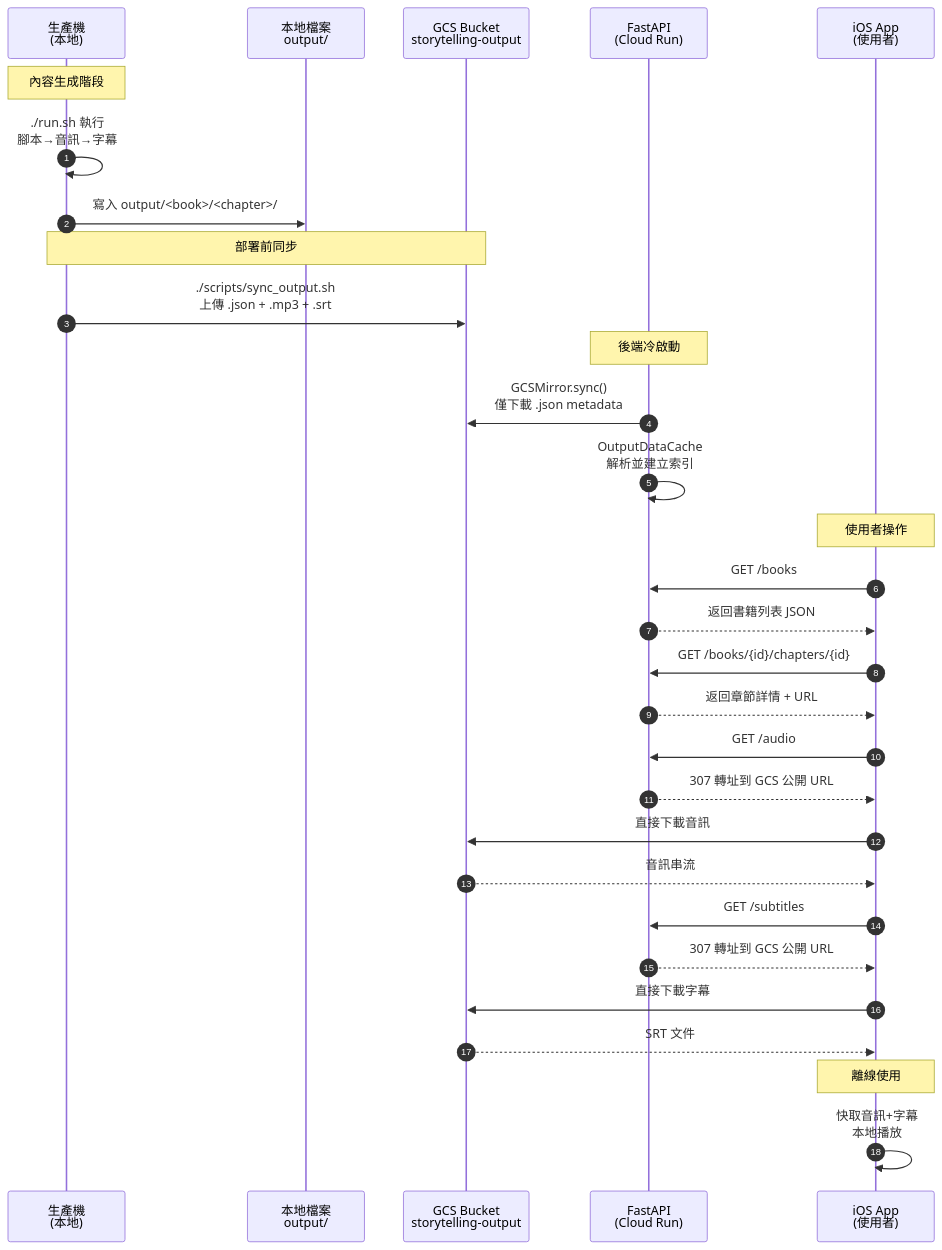
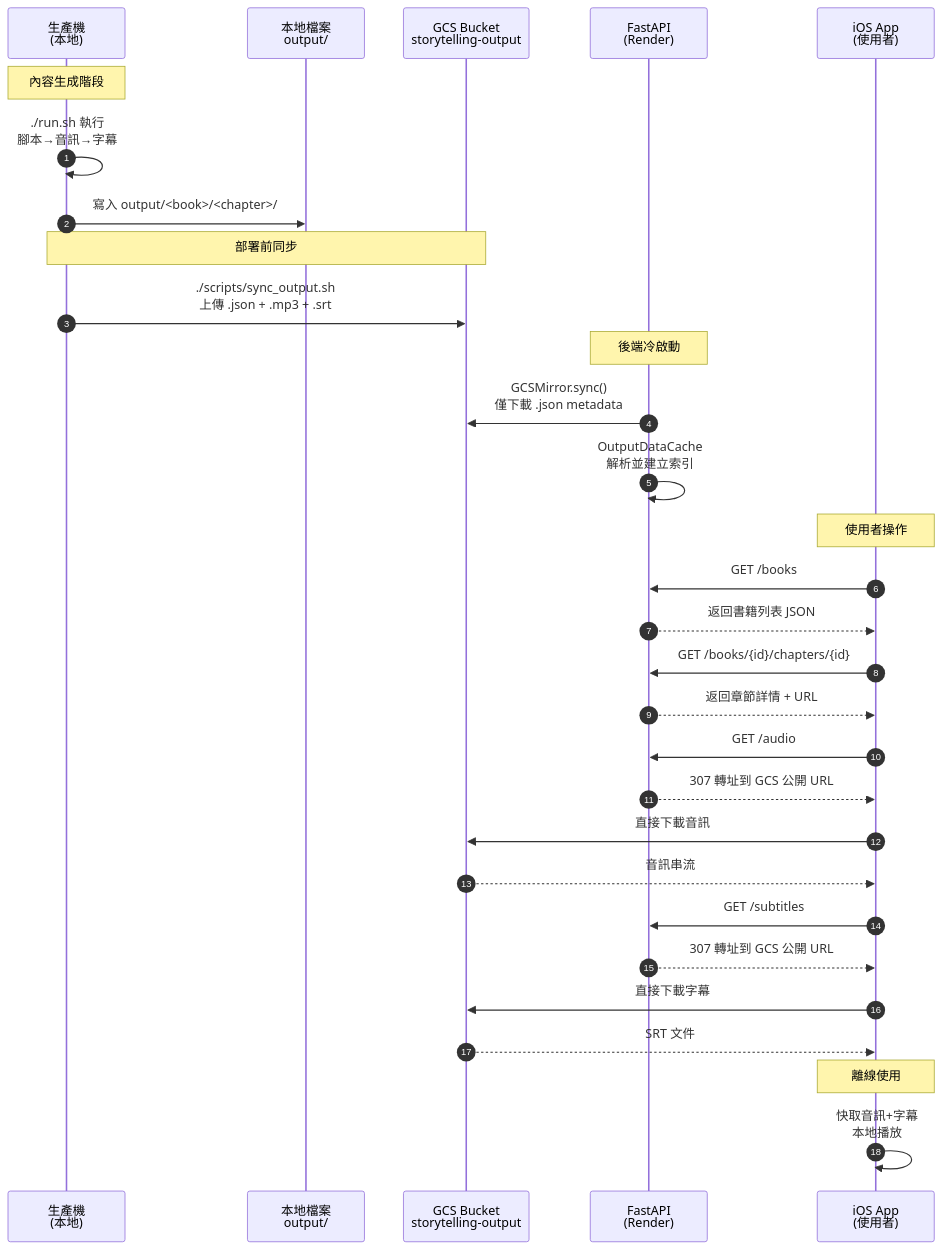
One commit to MaxChen228/podcast-workspace changed the diagram in workflow.mmd. Above: the diagram before and after it, drawn with Mermaid. The commit also changed 2 other files, not shown here.

```diff
--- a/workflow.mmd
+++ b/workflow.mmd
@@ -1,41 +1,41 @@
 sequenceDiagram
     autonumber
 
     participant P as 生產機<br/>(本地)
     participant L as 本地檔案<br/>output/
     participant G as GCS Bucket<br/>storytelling-output
-    participant API as FastAPI<br/>(Cloud Run)
+    participant API as FastAPI<br/>(Render)
     participant iOS as iOS App<br/>(使用者)
 
     Note over P: 內容生成階段
     P->>P: ./run.sh 執行<br/>腳本→音訊→字幕
     P->>L: 寫入 output/<book>/<chapter>/
 
     Note over P,G: 部署前同步
     P->>G: ./scripts/sync_output.sh<br/>上傳 .json + .mp3 + .srt
 
     Note over API: 後端冷啟動
     API->>G: GCSMirror.sync()<br/>僅下載 .json metadata
     API->>API: OutputDataCache<br/>解析並建立索引
 
     Note over iOS: 使用者操作
     iOS->>API: GET /books
     API-->>iOS: 返回書籍列表 JSON
 
     iOS->>API: GET /books/{id}/chapters/{id}
     API-->>iOS: 返回章節詳情 + URL
 
     iOS->>API: GET /audio
     API-->>iOS: 307 轉址到 GCS 公開 URL
 
     iOS->>G: 直接下載音訊
     G-->>iOS: 音訊串流
 
     iOS->>API: GET /subtitles
     API-->>iOS: 307 轉址到 GCS 公開 URL
 
     iOS->>G: 直接下載字幕
     G-->>iOS: SRT 文件
 
     Note over iOS: 離線使用
     iOS->>iOS: 快取音訊+字幕<br/>本地播放
```
